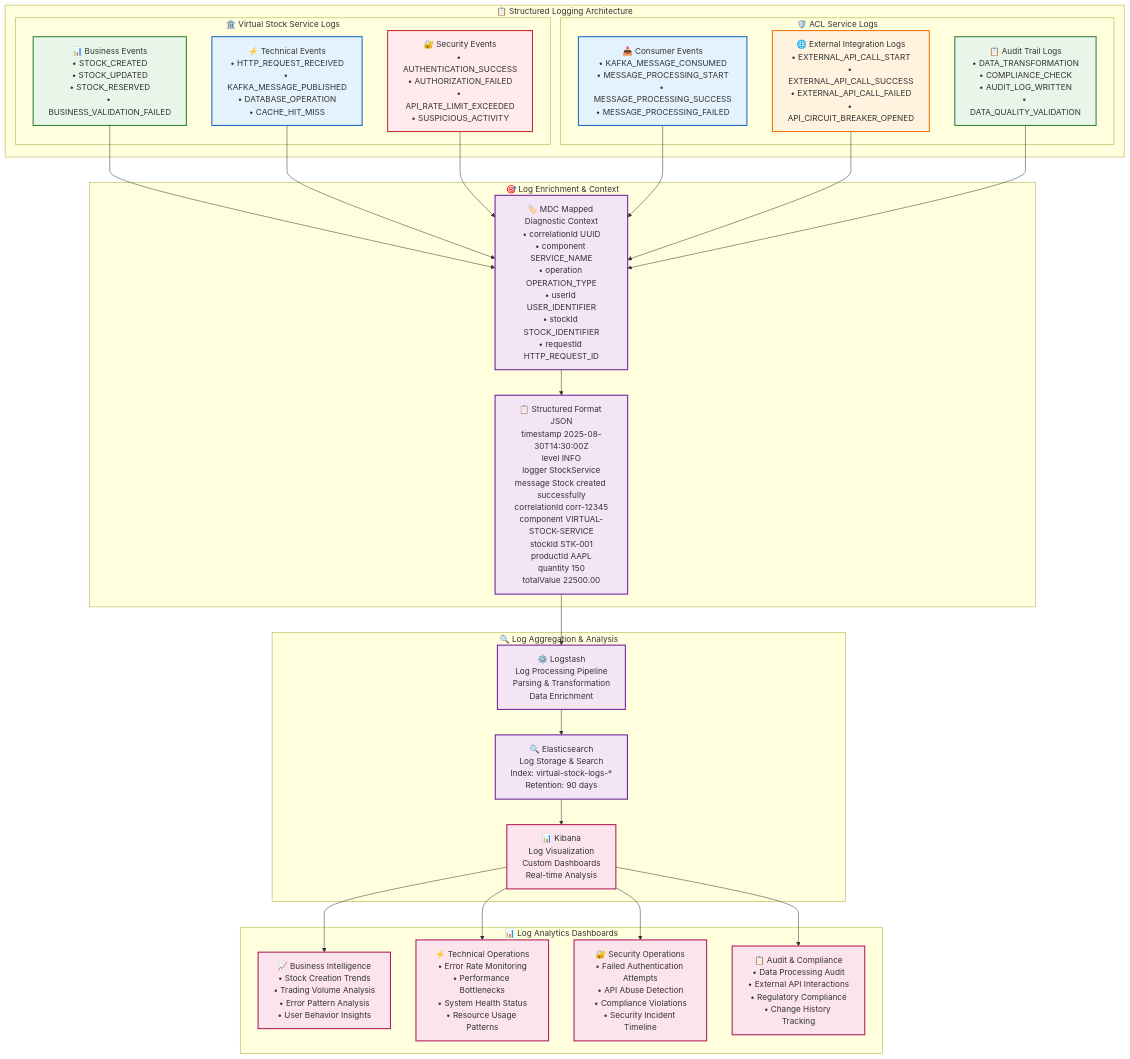
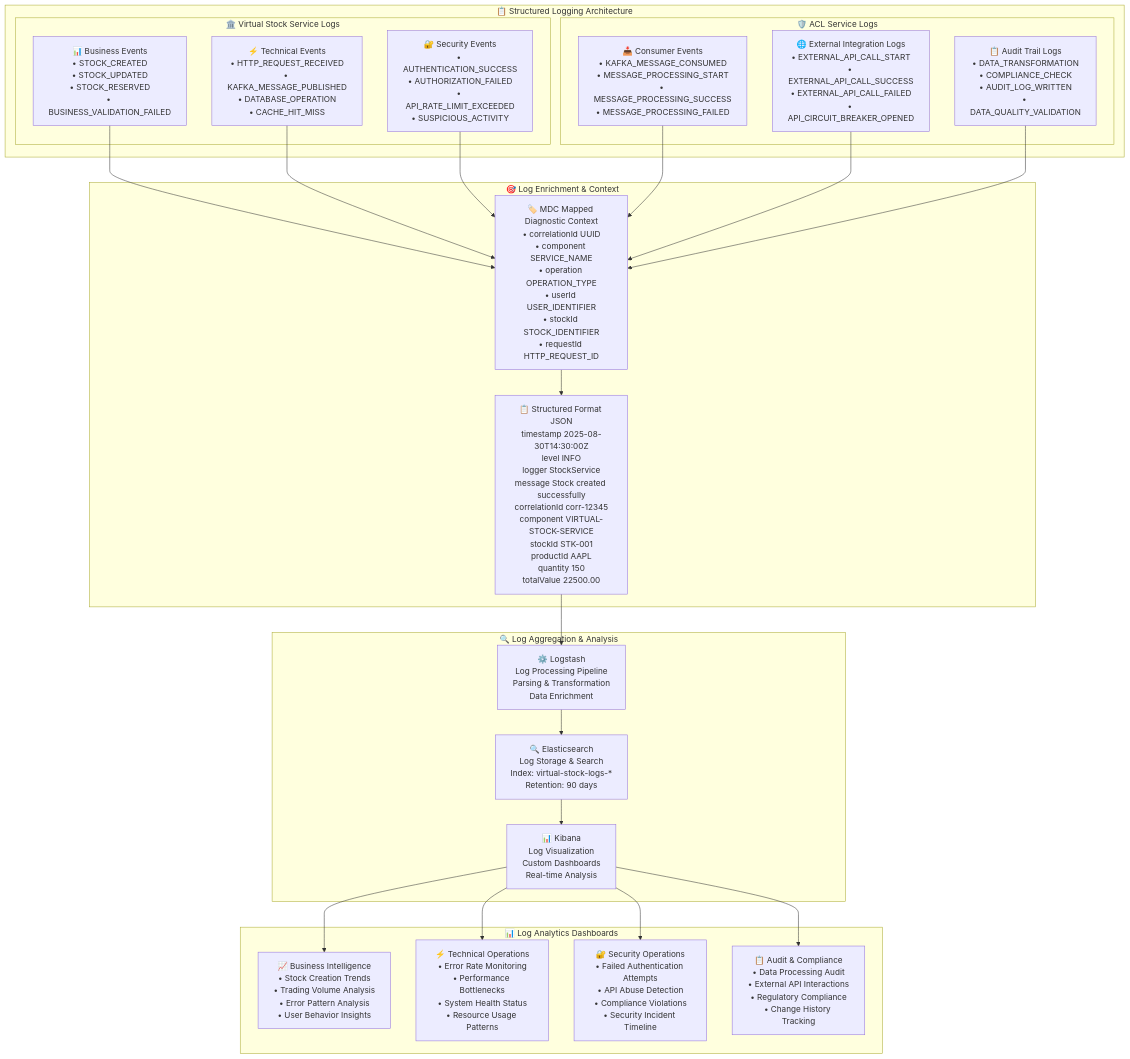
One commit to italo-costa/estudosKBNT_Kafka_Logs_V2_cleanCode changed the fifth of 7 diagrams in docs/DIAGRAMAS_ARQUITETURA_COMPLETOS.md. Above: the diagram before and after it, drawn with Mermaid. The commit also changed other lines of this file, not shown here.

First line of the commit message:
fix: Remove ALL remaining CSS class definitions from Mermaid diagrams

````diff
--- a/docs/DIAGRAMAS_ARQUITETURA_COMPLETOS.md
+++ b/docs/DIAGRAMAS_ARQUITETURA_COMPLETOS.md
@@ -637,74 +623,61 @@
 ```mermaid
 graph TB
     subgraph "📋 Structured Logging Architecture"
         subgraph "🏛️ Virtual Stock Service Logs"
             VSL1[📊 Business Events<br/>• STOCK_CREATED<br/>• STOCK_UPDATED<br/>• STOCK_RESERVED<br/>• BUSINESS_VALIDATION_FAILED]
             VSL2[⚡ Technical Events<br/>• HTTP_REQUEST_RECEIVED<br/>• KAFKA_MESSAGE_PUBLISHED<br/>• DATABASE_OPERATION<br/>• CACHE_HIT_MISS]
             VSL3[🔐 Security Events<br/>• AUTHENTICATION_SUCCESS<br/>• AUTHORIZATION_FAILED<br/>• API_RATE_LIMIT_EXCEEDED<br/>• SUSPICIOUS_ACTIVITY]
         end
         
         subgraph "🛡️ ACL Service Logs"
             ACLL1[📥 Consumer Events<br/>• KAFKA_MESSAGE_CONSUMED<br/>• MESSAGE_PROCESSING_START<br/>• MESSAGE_PROCESSING_SUCCESS<br/>• MESSAGE_PROCESSING_FAILED]
             ACLL2[🌐 External Integration Logs<br/>• EXTERNAL_API_CALL_START<br/>• EXTERNAL_API_CALL_SUCCESS<br/>• EXTERNAL_API_CALL_FAILED<br/>• API_CIRCUIT_BREAKER_OPENED]
             ACLL3[📋 Audit Trail Logs<br/>• DATA_TRANSFORMATION<br/>• COMPLIANCE_CHECK<br/>• AUDIT_LOG_WRITTEN<br/>• DATA_QUALITY_VALIDATION]
         end
     end
     
     subgraph "🎯 Log Enrichment & Context"
         MDC[🏷️ MDC Mapped Diagnostic Context<br/>• correlationId UUID<br/>• component SERVICE_NAME<br/>• operation OPERATION_TYPE<br/>• userId USER_IDENTIFIER<br/>• stockId STOCK_IDENTIFIER<br/>• requestId HTTP_REQUEST_ID]
         
         STRUCTURED[📋 Structured Format JSON<br/>timestamp 2025-08-30T14:30:00Z<br/>level INFO<br/>logger StockService<br/>message Stock created successfully<br/>correlationId corr-12345<br/>component VIRTUAL-STOCK-SERVICE<br/>stockId STK-001<br/>productId AAPL<br/>quantity 150<br/>totalValue 22500.00]
     end
     
     subgraph "🔍 Log Aggregation & Analysis"
         ELASTICSEARCH[🔍 Elasticsearch<br/>Log Storage & Search<br/>Index: virtual-stock-logs-*<br/>Retention: 90 days]
         LOGSTASH[⚙️ Logstash<br/>Log Processing Pipeline<br/>Parsing & Transformation<br/>Data Enrichment]
         KIBANA[📊 Kibana<br/>Log Visualization<br/>Custom Dashboards<br/>Real-time Analysis]
     end
     
     subgraph "📊 Log Analytics Dashboards"
         BUSINESS_DASH[📈 Business Intelligence<br/>• Stock Creation Trends<br/>• Trading Volume Analysis<br/>• Error Pattern Analysis<br/>• User Behavior Insights]
         
         TECHNICAL_DASH[⚡ Technical Operations<br/>• Error Rate Monitoring<br/>• Performance Bottlenecks<br/>• System Health Status<br/>• Resource Usage Patterns]
         
         SECURITY_DASH[🔐 Security Operations<br/>• Failed Authentication Attempts<br/>• API Abuse Detection<br/>• Compliance Violations<br/>• Security Incident Timeline]
         
         AUDIT_DASH[📋 Audit & Compliance<br/>• Data Processing Audit<br/>• External API Interactions<br/>• Regulatory Compliance<br/>• Change History Tracking]
     end
 
     %% Log flow from services
     VSL1 --> MDC
     VSL2 --> MDC
     VSL3 --> MDC
     ACLL1 --> MDC
     ACLL2 --> MDC
     ACLL3 --> MDC
     
     %% Structured logging
     MDC --> STRUCTURED
     
     %% Log processing pipeline
     STRUCTURED --> LOGSTASH
     LOGSTASH --> ELASTICSEARCH
     ELASTICSEARCH --> KIBANA
     
     %% Dashboard visualization
     KIBANA --> BUSINESS_DASH
     KIBANA --> TECHNICAL_DASH
     KIBANA --> SECURITY_DASH
     KIBANA --> AUDIT_DASH
 
-    classDef businessLogs fill:#e8f5e8,stroke:#2e7d32,stroke-width:2px
-    classDef technicalLogs fill:#e3f2fd,stroke:#1565c0,stroke-width:2px
-    classDef securityLogs fill:#ffebee,stroke:#c62828,stroke-width:2px
-    classDef auditLogs fill:#fff3e0,stroke:#ef6c00,stroke-width:2px
-    classDef processing fill:#f3e5f5,stroke:#6a1b9a,stroke-width:2px
-    classDef visualization fill:#fce4ec,stroke:#ad1457,stroke-width:2px
-    
-    class VSL1,ACLL3,BUSINESS_DASH businessLogs
-    class VSL2,ACLL1,TECHNICAL_DASH technicalLogs
-    class VSL3,SECURITY_DASH securityLogs
-    class ACLL2,AUDIT_DASH auditLogs
-    class MDC,STRUCTURED,LOGSTASH,ELASTICSEARCH processing
-    class KIBANA,BUSINESS_DASH,TECHNICAL_DASH,SECURITY_DASH,AUDIT_DASH visualization
 ```
````
